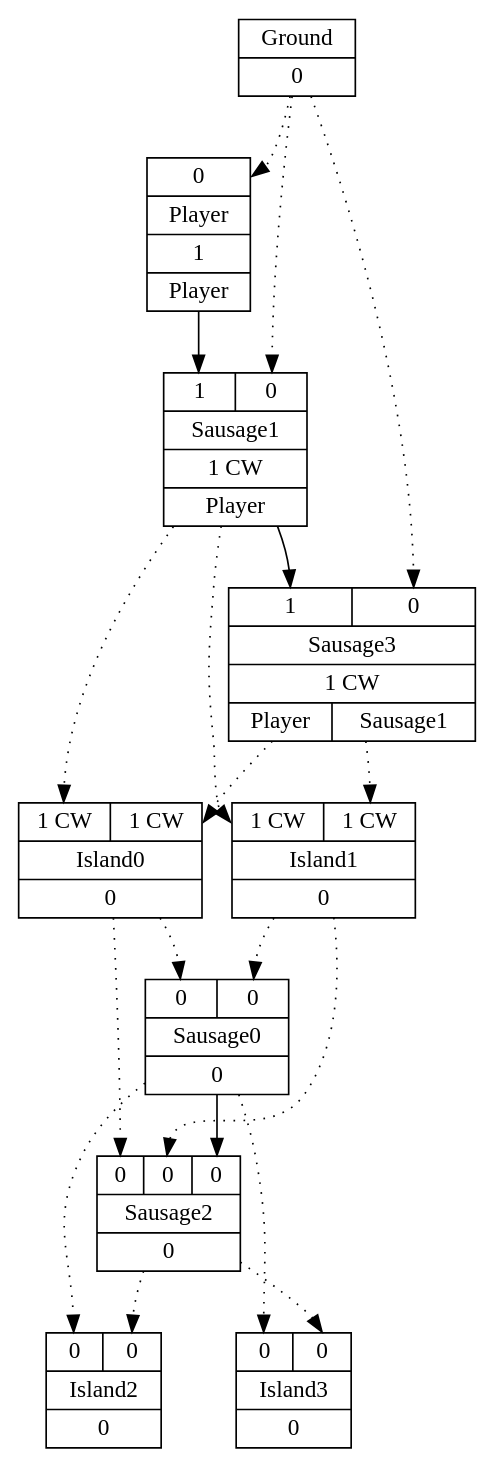
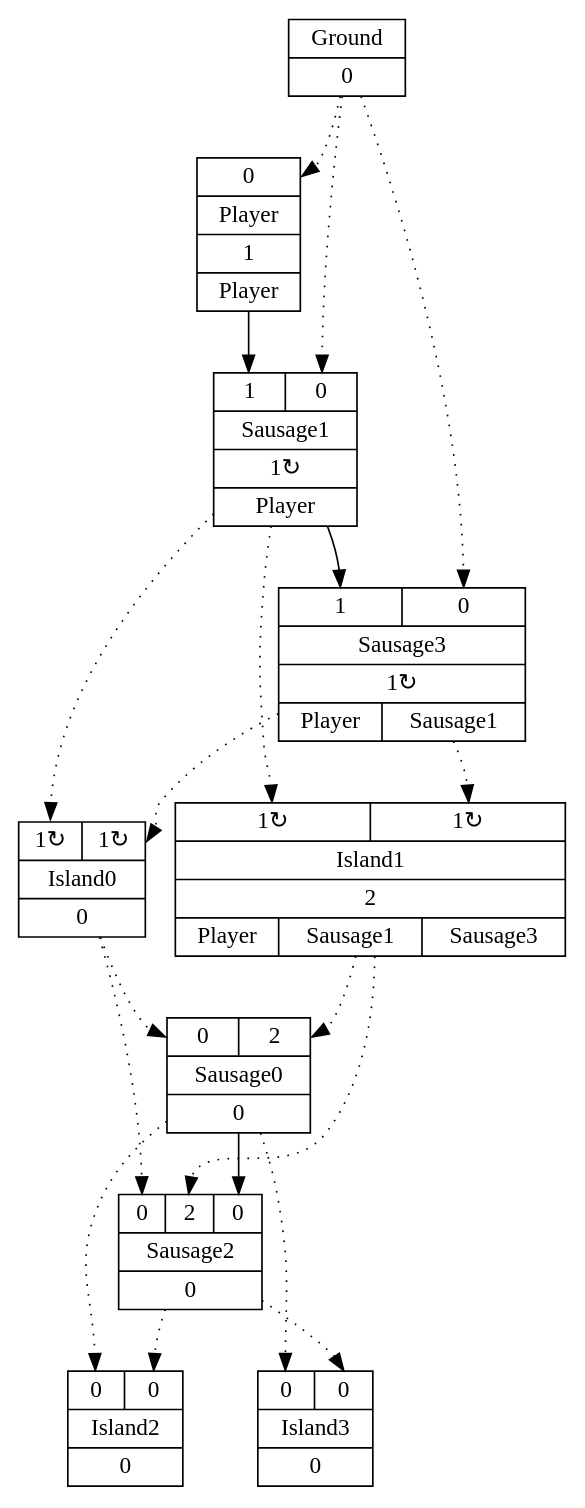
One commit to increpare/AbstractPropagationSim changed the diagram in mid/17/graph_4.gv. Above: the diagram before and after it, drawn with Graphviz. The commit also changed 106 other files, not shown here.

```diff
--- a/mid/17/graph_4.gv
+++ b/mid/17/graph_4.gv
@@ -1,31 +1,31 @@
 digraph G {
 node [shape=record];
 Player[ label ="{{<GroundP>0}|{Player}|<PlayerOUT>1|{Player}}"];
 Ground[ label ="{{Ground}|<GroundOUT>0}"];
-Sausage1[ label ="{{<Player>1|<GroundP>0}|{Sausage1}|<Sausage1OUT>1 CW|{Player}}"];
-Island0[ label ="{{<Sausage1P>1 CW|<Sausage3P>1 CW}|{Island0}|<Island0OUT>0}"];
-Island1[ label ="{{<Sausage1P>1 CW|<Sausage3P>1 CW}|{Island1}|<Island1OUT>0}"];
-Sausage3[ label ="{{<Sausage1>1|<GroundP>0}|{Sausage3}|<Sausage3OUT>1 CW|{Player|Sausage1}}"];
-Sausage0[ label ="{{<Island0P>0|<Island1P>0}|{Sausage0}|<Sausage0OUT>0}"];
-Sausage2[ label ="{{<Island0P>0|<Island1P>0|<Sausage0>0}|{Sausage2}|<Sausage2OUT>0}"];
+Sausage1[ label ="{{<Player>1|<GroundP>0}|{Sausage1}|<Sausage1OUT>1&#8635;|{Player}}"];
+Island0[ label ="{{<Sausage1P>1&#8635;|<Sausage3P>1&#8635;}|{Island0}|<Island0OUT>0}"];
+Island1[ label ="{{<Sausage1P>1&#8635;|<Sausage3P>1&#8635;}|{Island1}|<Island1OUT>2|{Player|Sausage1|Sausage3}}"];
+Sausage3[ label ="{{<Sausage1>1|<GroundP>0}|{Sausage3}|<Sausage3OUT>1&#8635;|{Player|Sausage1}}"];
+Sausage0[ label ="{{<Island0P>0|<Island1P>2}|{Sausage0}|<Sausage0OUT>0}"];
+Sausage2[ label ="{{<Island0P>0|<Island1P>2|<Sausage0>0}|{Sausage2}|<Sausage2OUT>0}"];
 Island2[ label ="{{<Sausage0P>0|<Sausage2P>0}|{Island2}|<Island2OUT>0}"];
 Island3[ label ="{{<Sausage0P>0|<Sausage2P>0}|{Island3}|<Island3OUT>0}"];
 	"Ground" -> "Player":GroundP [style=dotted];
 	"Player" -> "Sausage1":Player;
 	"Ground" -> "Sausage1":GroundP [style=dotted];
 	"Sausage1" -> "Island0":Sausage1P [style=dotted];
 	"Sausage1" -> "Island1":Sausage1P [style=dotted];
 	"Sausage1" -> "Sausage3":Sausage1;
 	"Sausage3" -> "Island0":Sausage3P [style=dotted];
 	"Island0" -> "Sausage0":Island0P [style=dotted];
 	"Island0" -> "Sausage2":Island0P [style=dotted];
 	"Sausage3" -> "Island1":Sausage3P [style=dotted];
 	"Island1" -> "Sausage0":Island1P [style=dotted];
 	"Island1" -> "Sausage2":Island1P [style=dotted];
 	"Ground" -> "Sausage3":GroundP [style=dotted];
 	"Sausage0" -> "Island2":Sausage0P [style=dotted];
 	"Sausage0" -> "Island3":Sausage0P [style=dotted];
 	"Sausage0" -> "Sausage2":Sausage0;
 	"Sausage2" -> "Island2":Sausage2P [style=dotted];
 	"Sausage2" -> "Island3":Sausage2P [style=dotted];
 }
```
